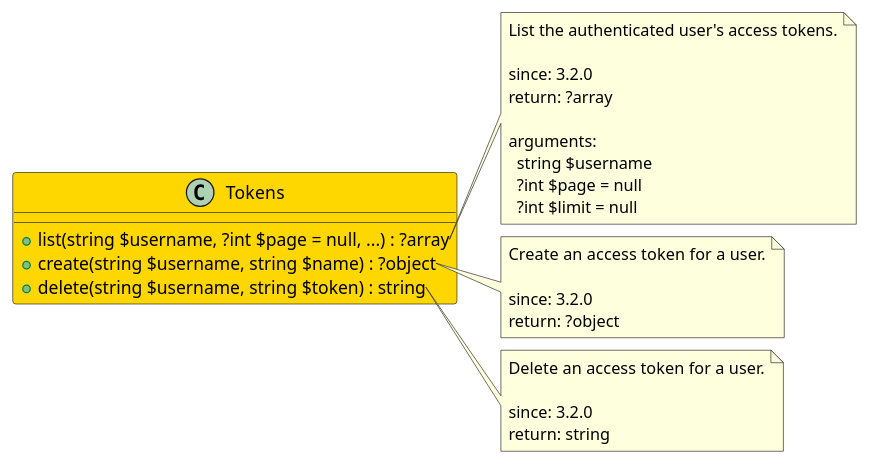
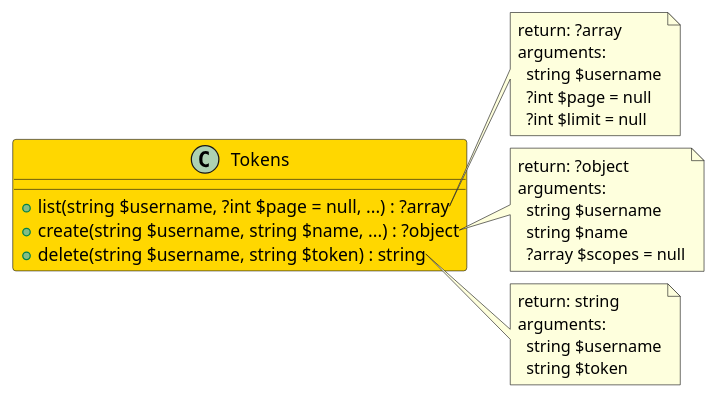
The diagram in src/af49b450-78fb-40bd-8165-48466ebd31a9/README.md (joomengine/gitea), drawn with PlantUML before and after one commit. The commit also changed 370 other files, not shown here.

````diff
--- a/src/af49b450-78fb-40bd-8165-48466ebd31a9/README.md
+++ b/src/af49b450-78fb-40bd-8165-48466ebd31a9/README.md
@@ -6,37 +6,34 @@
 ```uml
 @startuml
 
-class Tokens  #Gold {
+class Tokens #Gold {
   + list(string $username, ?int $page = null, ...) : ?array
-  + create(string $username, string $name) : ?object
+  + create(string $username, string $name, ...) : ?object
   + delete(string $username, string $token) : string
 }
 
 note right of Tokens::list
-  List the authenticated user's access tokens.
-
-  since: 3.2.0
   return: ?array
-  
   arguments:
     string $username
     ?int $page = null
     ?int $limit = null
 end note
 
 note right of Tokens::create
-  Create an access token for a user.
-
-  since: 3.2.0
   return: ?object
+  arguments:
+    string $username
+    string $name
+    ?array $scopes = null
 end note
 
 note right of Tokens::delete
-  Delete an access token for a user.
-
-  since: 3.2.0
   return: string
+  arguments:
+    string $username
+    string $token
 end note
 
 @enduml
 ```
````
